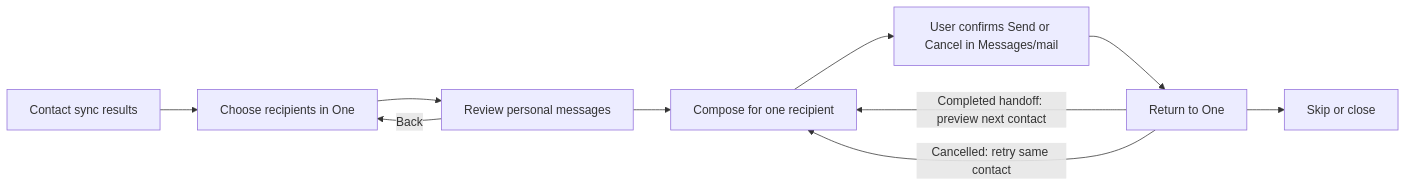
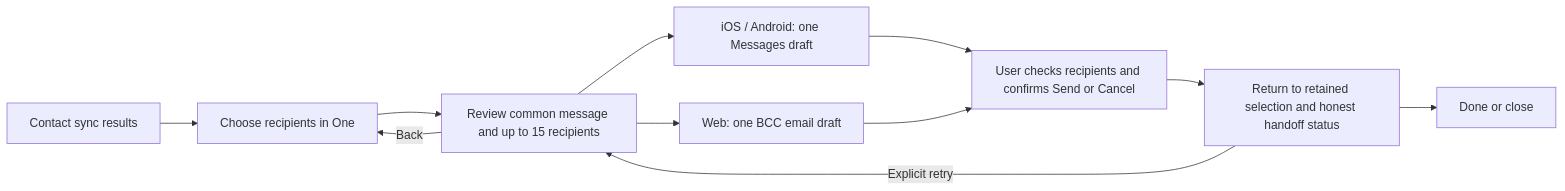
Before and after one commit to hushh-labs/hushh-research: the diagram in docs/guides/contact-invitations.md, drawn with Mermaid. The commit also changed other lines of this file and 20 other files, not shown here.

Commit message:
feat(connect): compose shared contact invitations in batches

````diff
--- a/docs/guides/contact-invitations.md
+++ b/docs/guides/contact-invitations.md
@@ -10,12 +17,13 @@
 ```mermaid
 flowchart LR
   sync["Contact sync results"] --> select["Choose recipients in One"]
-  select --> review["Review personal messages"]
+  select --> review["Review common message and up to 15 recipients"]
   review -->|Back| select
-  review --> compose["Compose for one recipient"]
-  compose --> handoff["User confirms Send or Cancel in Messages/mail"]
-  handoff --> next["Return to One"]
-  next -->|Completed handoff: preview next contact| compose
-  next -->|Cancelled: retry same contact| compose
-  next --> finish["Skip or close"]
+  review --> native["iOS / Android: one Messages draft"]
+  review --> web["Web: one BCC email draft"]
+  native --> handoff["User checks recipients and confirms Send or Cancel"]
+  web --> handoff
+  handoff --> result["Return to retained selection and honest handoff status"]
+  result -->|Explicit retry| review
+  result --> finish["Done or close"]
 ```
````
